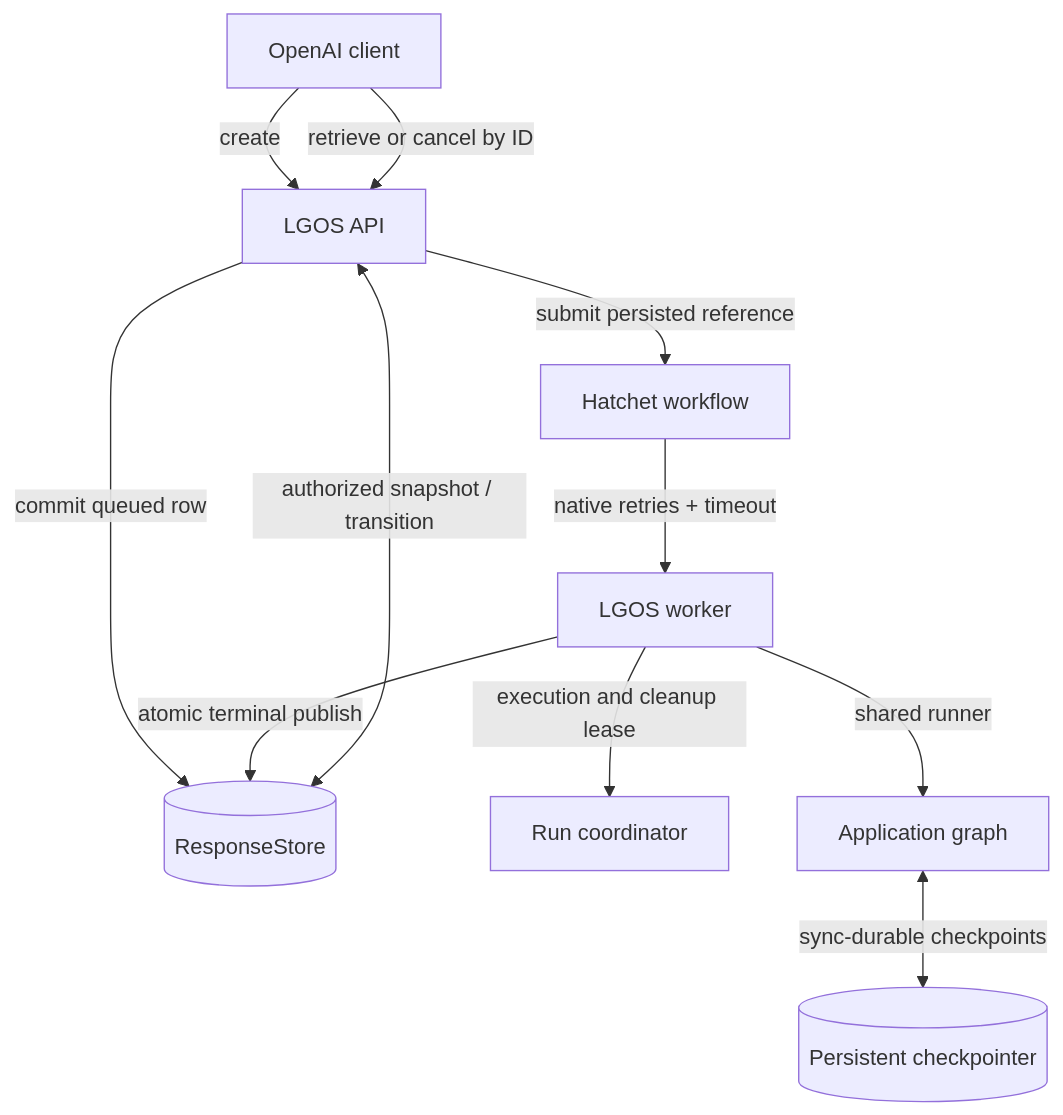
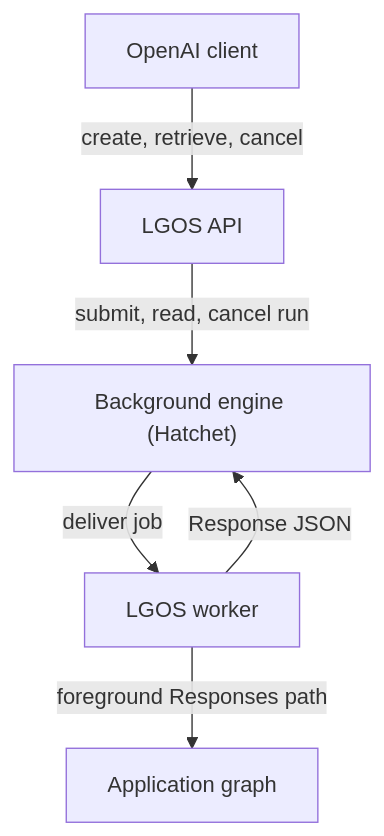
The second of 3 diagrams in docs/explanation/architecture.md (ilkersigirci/langgraph-openai-serve), drawn with Mermaid before and after one commit. The commit also changed other lines of this file and 108 other files, not shown here.

First line of the commit message:
feat: background feature is hatchet native

````diff
--- a/docs/explanation/architecture.md
+++ b/docs/explanation/architecture.md
@@ -55,22 +47,14 @@
 ```mermaid
 flowchart TB
   client["OpenAI client"]
   api["LGOS API"]
-  responses[("ResponseStore")]
-  hatchet["Hatchet workflow"]
+  engine["Background engine (Hatchet)"]
   worker["LGOS worker"]
-  coordinator["Run coordinator"]
-  checkpoint[("Persistent checkpointer")]
   app_graph["Application graph"]
 
-  client -->|"create"| api
-  api -->|"commit queued row"| responses
-  api -->|"submit persisted reference"| hatchet
-  hatchet -->|"native retries + timeout"| worker
-  worker -->|"execution and cleanup lease"| coordinator
-  worker -->|"shared runner"| app_graph
-  app_graph <-->|"sync-durable checkpoints"| checkpoint
-  worker -->|"atomic terminal publish"| responses
-  client -->|"retrieve or cancel by ID"| api
-  api <-->|"authorized snapshot / transition"| responses
+  client -->|"create, retrieve, cancel"| api
+  api -->|"submit, read, cancel run"| engine
+  engine -->|"deliver job"| worker
+  worker -->|"foreground Responses path"| app_graph
+  worker -->|"Response JSON"| engine
 ```
````
